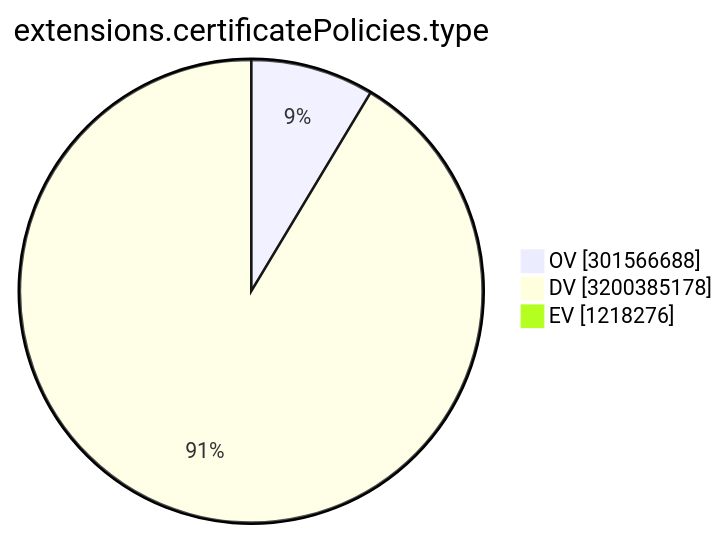
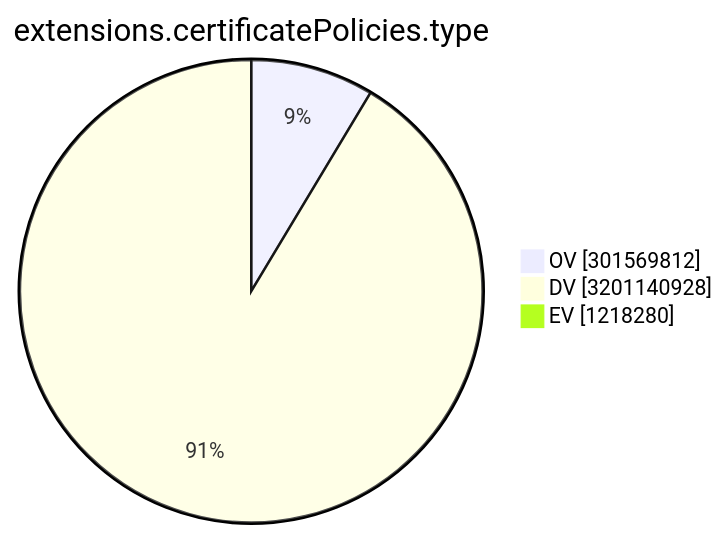
One commit to christiankrug/ctmonitor_visualization changed the ninth of 15 diagrams in TOTAL/README.md. Above: the diagram before and after it, drawn with Mermaid. The commit also changed other lines of this file, not shown here.

````diff
--- a/TOTAL/README.md
+++ b/TOTAL/README.md
@@ -3106,7 +3106,7 @@
 ```mermaid
 pie showData
 title extensions.certificatePolicies.type
-"OV" :301566688
-"DV" :3200385178
-"EV" :1218276
+"OV" :301569812
+"DV" :3201140928
+"EV" :1218280
 ```
````
